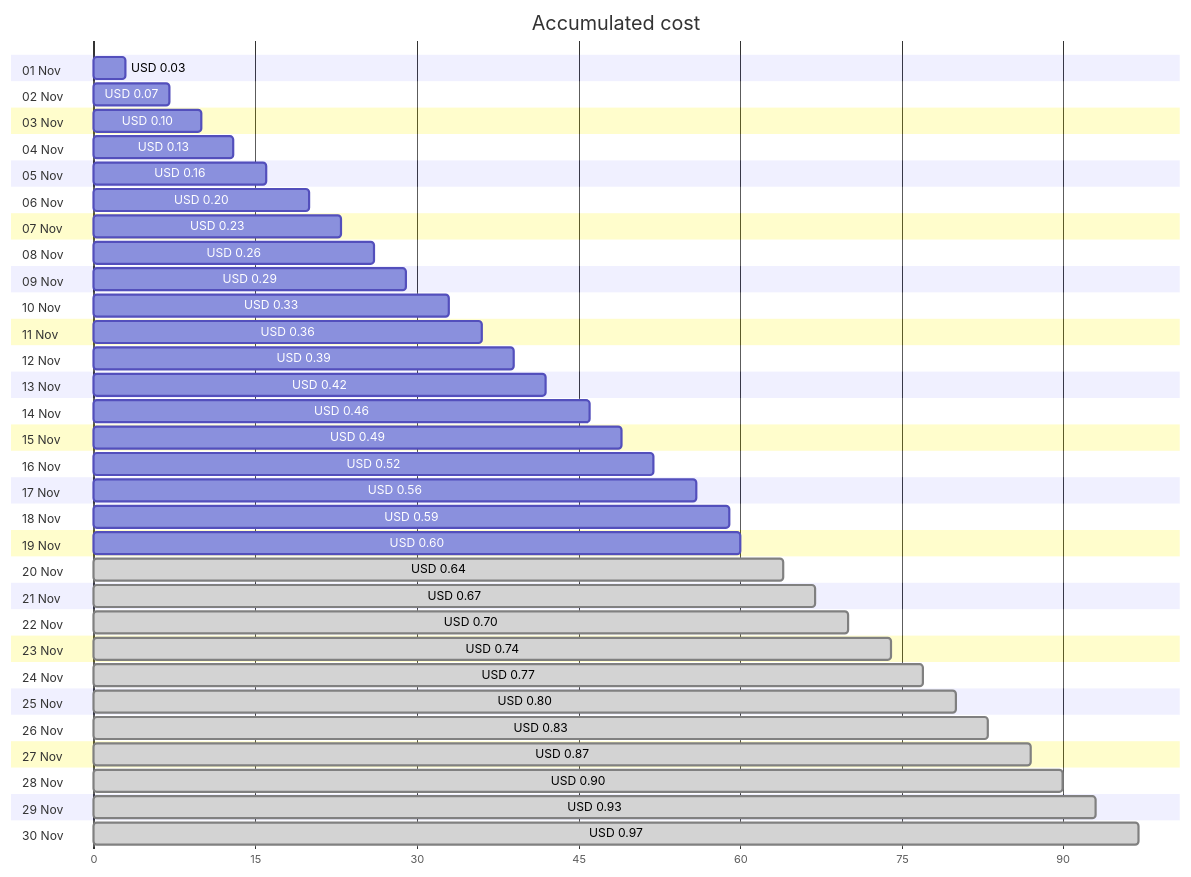
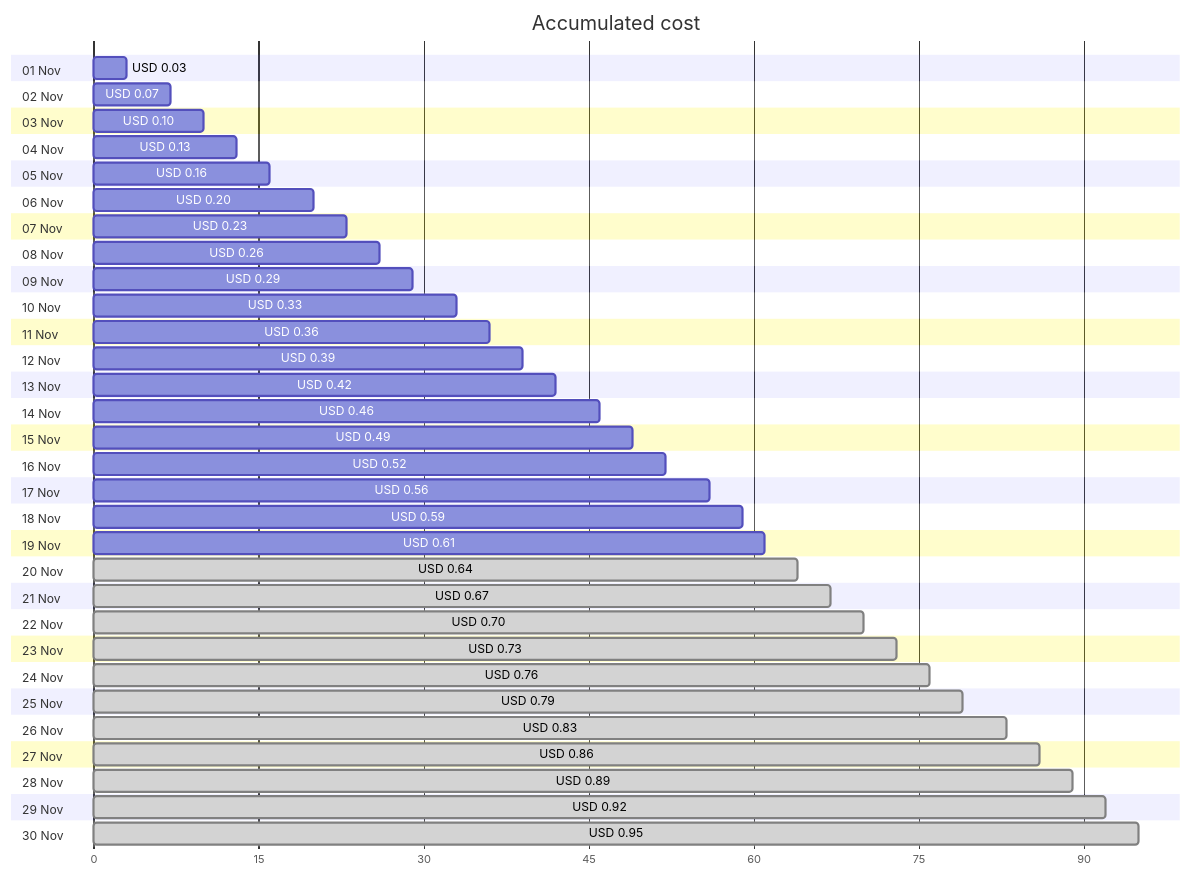
The first of 4 diagrams in cost-reports/personal-dns/README.md (jpfulton/azure-personal-reports), drawn with Mermaid before and after one commit. The commit also changed other lines of this file and 2 other files, not shown here.

````diff
--- a/cost-reports/personal-dns/README.md
+++ b/cost-reports/personal-dns/README.md
@@ -20,66 +20,66 @@
 ```mermaid
 gantt
    title Accumulated cost
    dateFormat  X
    axisFormat %s
    section 01 Nov
    USD 0.03 :0, 3
    section 02 Nov
    USD 0.07 :0, 7
    section 03 Nov
    USD 0.10 :0, 10
    section 04 Nov
    USD 0.13 :0, 13
    section 05 Nov
    USD 0.16 :0, 16
    section 06 Nov
    USD 0.20 :0, 20
    section 07 Nov
    USD 0.23 :0, 23
    section 08 Nov
    USD 0.26 :0, 26
    section 09 Nov
    USD 0.29 :0, 29
    section 10 Nov
    USD 0.33 :0, 33
    section 11 Nov
    USD 0.36 :0, 36
    section 12 Nov
    USD 0.39 :0, 39
    section 13 Nov
    USD 0.42 :0, 42
    section 14 Nov
    USD 0.46 :0, 46
    section 15 Nov
    USD 0.49 :0, 49
    section 16 Nov
    USD 0.52 :0, 52
    section 17 Nov
    USD 0.56 :0, 56
    section 18 Nov
    USD 0.59 :0, 59
    section 19 Nov
-   USD 0.60 :0, 60
+   USD 0.61 :0, 61
    section 20 Nov
    USD 0.64 : done, 0, 64
    section 21 Nov
    USD 0.67 : done, 0, 67
    section 22 Nov
    USD 0.70 : done, 0, 70
    section 23 Nov
-   USD 0.74 : done, 0, 74
+   USD 0.73 : done, 0, 73
    section 24 Nov
-   USD 0.77 : done, 0, 77
+   USD 0.76 : done, 0, 76
    section 25 Nov
-   USD 0.80 : done, 0, 80
+   USD 0.79 : done, 0, 79
    section 26 Nov
    USD 0.83 : done, 0, 83
    section 27 Nov
-   USD 0.87 : done, 0, 87
+   USD 0.86 : done, 0, 86
    section 28 Nov
-   USD 0.90 : done, 0, 90
+   USD 0.89 : done, 0, 89
    section 29 Nov
-   USD 0.93 : done, 0, 93
+   USD 0.92 : done, 0, 92
    section 30 Nov
-   USD 0.97 : done, 0, 97
+   USD 0.95 : done, 0, 95
 ```
````
